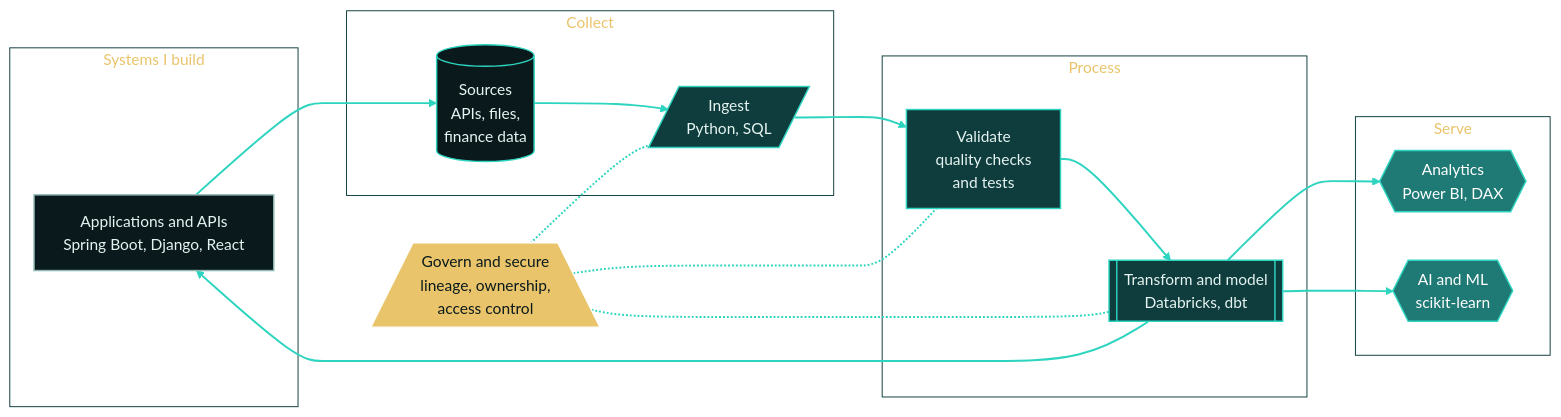
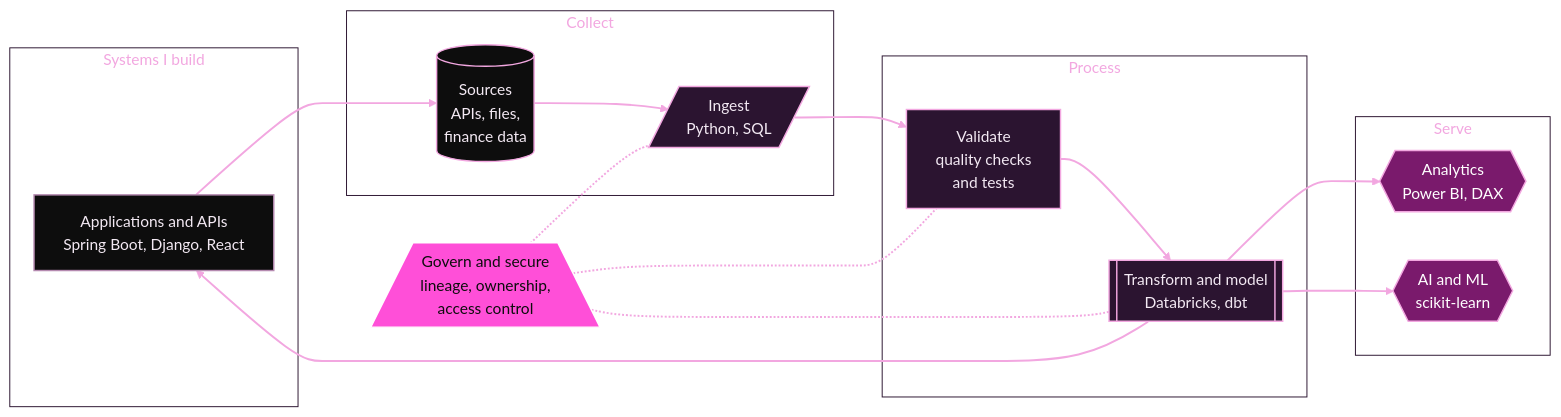
The second of 2 diagrams in README.md (Sitina-Celine/Sitina-Celine), drawn with Mermaid (neutral theme) before and after one commit. The commit also changed other lines of this file, not shown here.

````diff
--- a/README.md
+++ b/README.md
@@ -57,49 +57,49 @@
 ```mermaid
 flowchart LR
     subgraph SYS[" Systems I build "]
         S[Applications and APIs<br/>Spring Boot, Django, React]
     end
 
     subgraph COLLECT[" Collect "]
         A[(Sources<br/>APIs, files,<br/>finance data)]
         B[/Ingest<br/>Python, SQL/]
     end
 
     subgraph PROCESS[" Process "]
         V[Validate<br/>quality checks<br/>and tests]
         C[[Transform and model<br/>Databricks, dbt]]
     end
 
     subgraph SERVE[" Serve "]
         D{{Analytics<br/>Power BI, DAX}}
         F{{AI and ML<br/>scikit-learn}}
     end
 
     G[/Govern and secure<br/>lineage, ownership,<br/>access control\]
 
     S ==> A
     A ==> B ==> V ==> C
     C ==> D
     C ==> F
     C ==> S
 
     G -.- B
     G -.- V
     G -.- C
 
-    classDef system fill:#0a1a1c,stroke:#8fb8b3,stroke-width:1.5px,color:#e6f4f1
-    classDef source fill:#0a1a1c,stroke:#2dd4bf,stroke-width:1.5px,color:#e6f4f1
-    classDef pipe fill:#0f3d3e,stroke:#2dd4bf,stroke-width:1.5px,color:#e6f4f1
-    classDef output fill:#1f7a75,stroke:#2dd4bf,stroke-width:1.5px,color:#ffffff
-    classDef accent fill:#e9c46a,stroke:#ffffff,stroke-width:1.5px,color:#0a1a1c
-    classDef group fill:transparent,stroke:#0f3d3e,stroke-width:1px,color:#e9c46a
+    classDef system fill:#0d0d0d,stroke:#b58ab0,stroke-width:1.5px,color:#f3e9f3
+    classDef source fill:#0d0d0d,stroke:#f2a7e0,stroke-width:1.5px,color:#f3e9f3
+    classDef pipe fill:#2b1430,stroke:#f2a7e0,stroke-width:1.5px,color:#f3e9f3
+    classDef output fill:#7a1a6c,stroke:#f2a7e0,stroke-width:1.5px,color:#ffffff
+    classDef accent fill:#ff4fd8,stroke:#ffffff,stroke-width:1.5px,color:#0d0d0d
+    classDef group fill:transparent,stroke:#2b1430,stroke-width:1px,color:#f2a7e0
 
     class S system
     class A source
     class B,V,C pipe
     class D,F output
     class G accent
     class SYS,COLLECT,PROCESS,SERVE group
 
-    linkStyle default stroke:#2dd4bf,stroke-width:2px
+    linkStyle default stroke:#f2a7e0,stroke-width:2px
 ```
````
